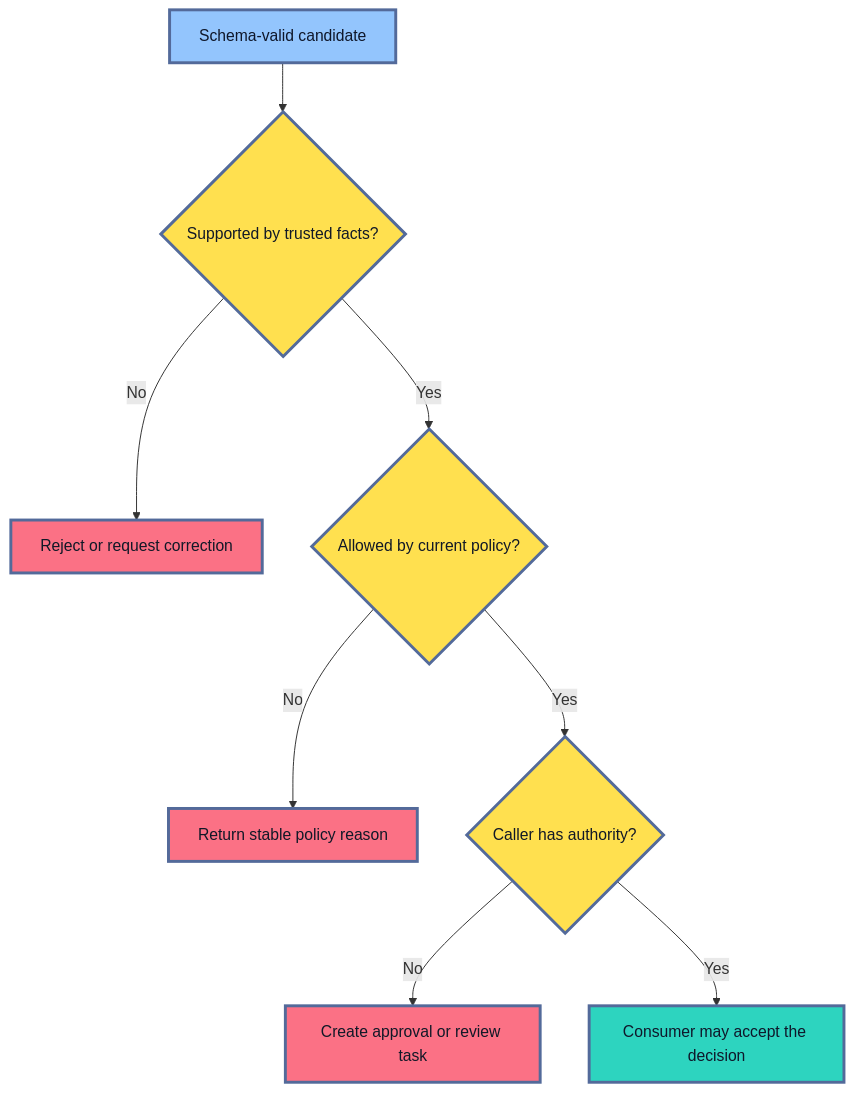
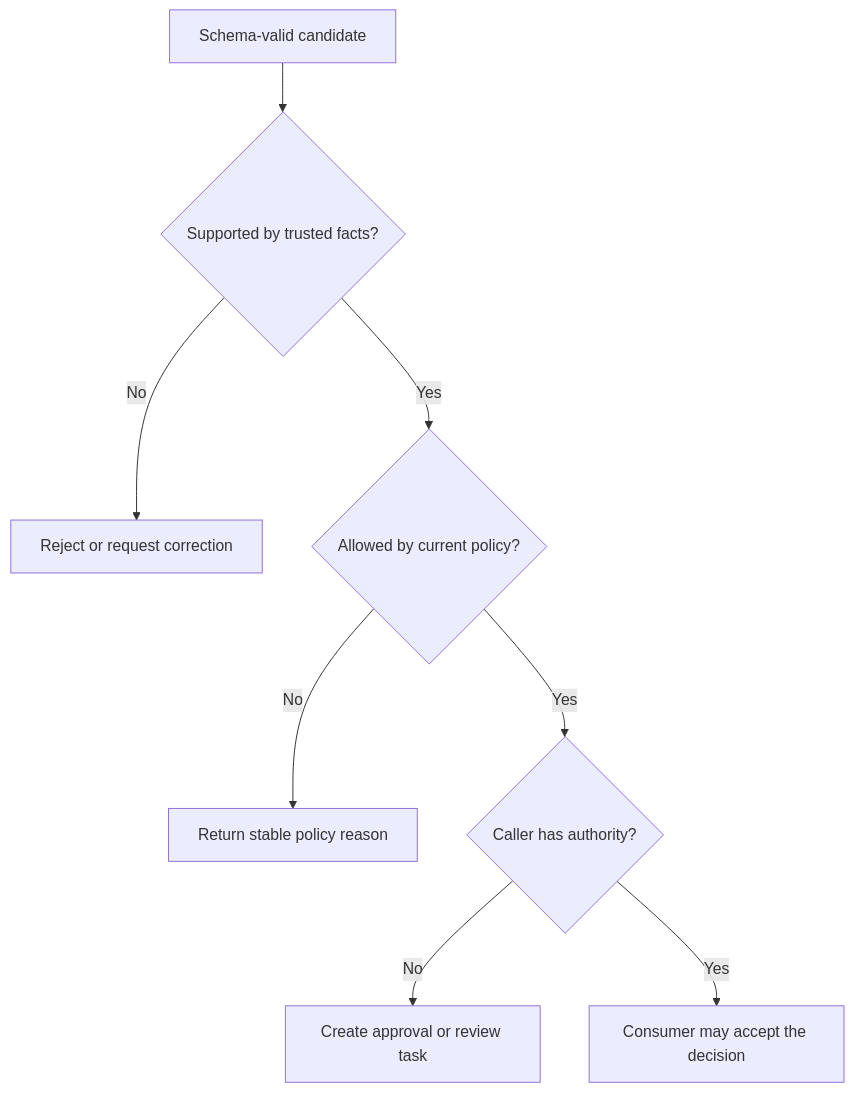
Before and after one commit to senlinyy/dev-roadmaps: the fifth of 9 diagrams in roadmaps/mlops/modules/llmops/llm-app-foundations/02-structured-outputs.md, drawn with Mermaid. The commit also changed other lines of this file and 152 other files, not shown here.

Commit message:
feat: mlops and diagrams updated

````diff
--- a/roadmaps/mlops/modules/llmops/llm-app-foundations/02-structured-outputs.md
+++ b/roadmaps/mlops/modules/llmops/llm-app-foundations/02-structured-outputs.md
@@ -371,19 +362,15 @@
 ```mermaid
 flowchart TD
     A["Schema-valid candidate"] --> B{"Supported by trusted facts?"}
     B -->|"No"| X["Reject or request correction"]
     B -->|"Yes"| C{"Allowed by current policy?"}
     C -->|"No"| Y["Return stable policy reason"]
     C -->|"Yes"| D{"Caller has authority?"}
     D -->|"No"| Z["Create approval or review task"]
     D -->|"Yes"| E["Consumer may accept the decision"]
 
-    classDef candidate fill:#93C5FD,stroke:#536A9A,stroke-width:3px,color:#0F172A
-    classDef gate fill:#FFE04F,stroke:#536A9A,stroke-width:3px,color:#111827
-    classDef stop fill:#FB7185,stroke:#536A9A,stroke-width:3px,color:#111827
-    classDef accept fill:#2DD4BF,stroke:#536A9A,stroke-width:3px,color:#0F172A
     class A candidate
     class B,C,D gate
     class X,Y,Z stop
     class E accept
 ```
````
